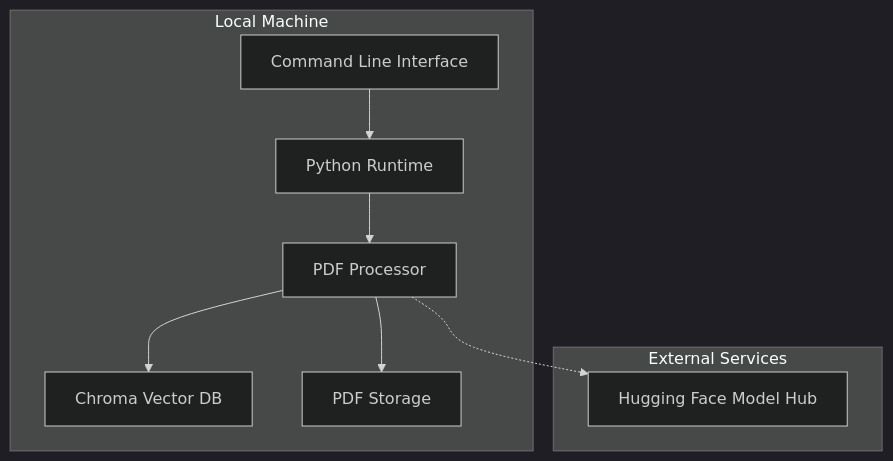
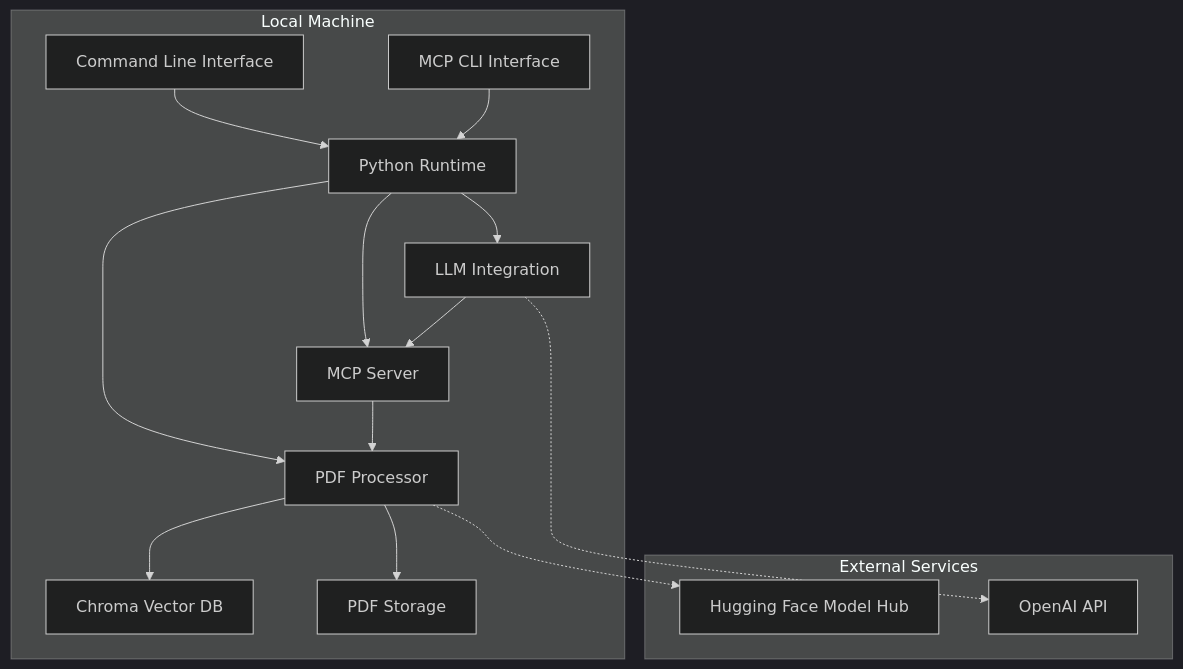
One commit to pnandi/vector-search changed the first of 4 diagrams in architecture_diagrams/deployment_diagram.md. Above: the diagram before and after it, drawn with Mermaid (dark theme). The commit also changed other lines of this file and 2 other files, not shown here.

First line of the commit message:
architecture diagram updates

````diff
--- a/architecture_diagrams/deployment_diagram.md
+++ b/architecture_diagrams/deployment_diagram.md
@@ -7,21 +7,31 @@
 ```mermaid
 flowchart TD
     subgraph "Local Machine"
         CLI[Command Line Interface]
+        MCPCLI[MCP CLI Interface]
         Python[Python Runtime]
         PDFProcessor[PDF Processor]
+        MCPServer[MCP Server]
+        LLMIntegration[LLM Integration]
         VectorDB[Chroma Vector DB]
         PDFStorage[PDF Storage]
-        
+
         CLI --> Python
+        MCPCLI --> Python
         Python --> PDFProcessor
+        Python --> MCPServer
+        Python --> LLMIntegration
         PDFProcessor --> VectorDB
         PDFProcessor --> PDFStorage
+        MCPServer --> PDFProcessor
+        LLMIntegration --> MCPServer
     end
-    
+
     subgraph "External Services"
         HuggingFace[Hugging Face Model Hub]
+        OpenAI[OpenAI API]
     end
-    
+
     PDFProcessor -.-> HuggingFace
+    LLMIntegration -.-> OpenAI
 ```
````
